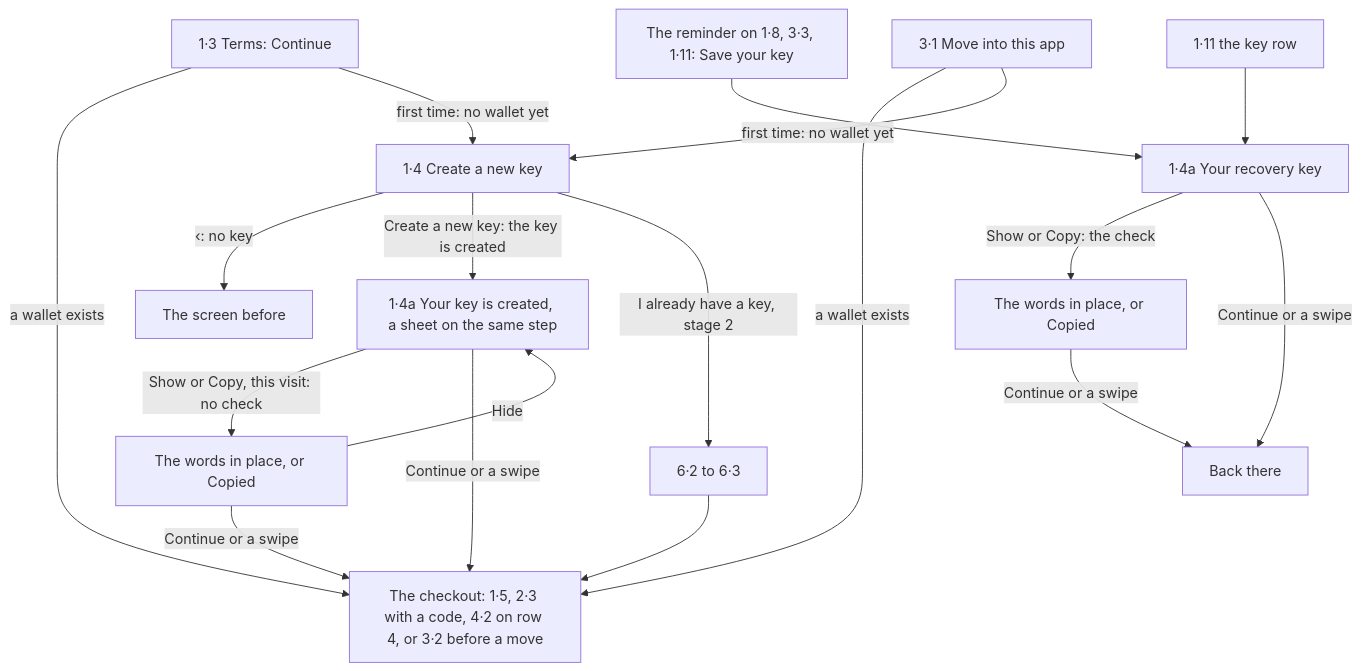
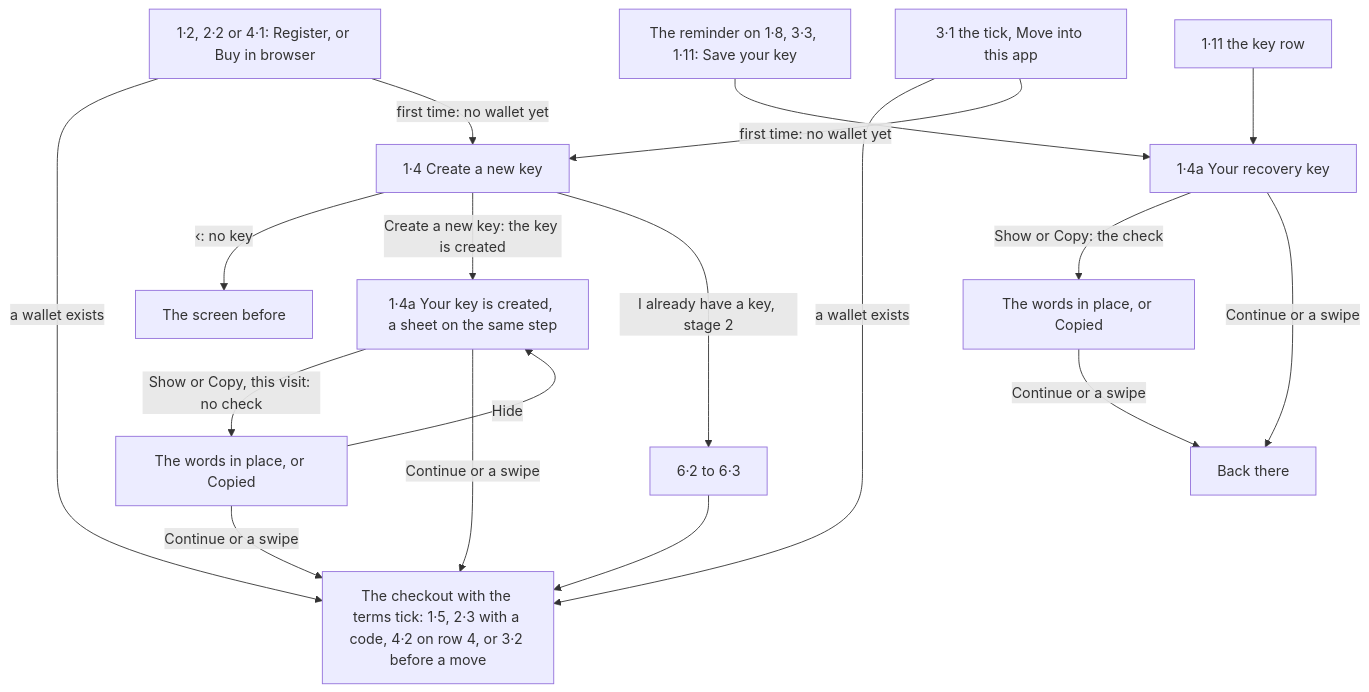
Before and after one commit to simplex-chat/simplex-chat: the sixth of 12 diagrams in plans/2026-10-30-names-in-app-purchases.md, drawn with Mermaid. The commit also changed other lines of this file, not shown here.

Commit message:
docs: names plan puts the terms tick on the checkout, as agreed

````diff
--- a/plans/2026-10-30-names-in-app-purchases.md
+++ b/plans/2026-10-30-names-in-app-purchases.md
@@ -794,20 +793,20 @@
 ```mermaid
 flowchart TD
-  terms["1·3 Terms: Continue"] -->|"a wallet exists"| next["The checkout: 1·5, 2·3 with a code, 4·2 on row 4, or 3·2 before a move"]
-  move["3·1 Move into this app"] -->|"a wallet exists"| next
-  terms -->|"first time: no wallet yet"| key["1·4 Create a new key"]
+  search["1·2, 2·2 or 4·1: Register, or Buy in browser"] -->|"a wallet exists"| next["The checkout with the terms tick: 1·5, 2·3 with a code, 4·2 on row 4, or 3·2 before a move"]
+  move["3·1 the tick, Move into this app"] -->|"a wallet exists"| next
+  search -->|"first time: no wallet yet"| key["1·4 Create a new key"]
   move -->|"first time: no wallet yet"| key
   key -->|"‹: no key"| before["The screen before"]
   key -->|"Create a new key: the key is created"| sheet["1·4a Your key is created, a sheet on the same step"]
   key -->|"I already have a key, stage 2"| restore["6·2 to 6·3"]
   restore --> next
   sheet -->|"Show or Copy, this visit: no check"| shown["The words in place, or Copied"]
   shown -->|Hide| sheet
   shown -->|"Continue or a swipe"| next
   sheet -->|"Continue or a swipe"| next
   reminder["The reminder on 1·8, 3·3, 1·11: Save your key"] --> later["1·4a Your recovery key"]
   row["1·11 the key row"] --> later
   later -->|"Show or Copy: the check"| shownlater["The words in place, or Copied"]
   later -->|"Continue or a swipe"| back["Back there"]
   shownlater -->|"Continue or a swipe"| back
 ```
````
